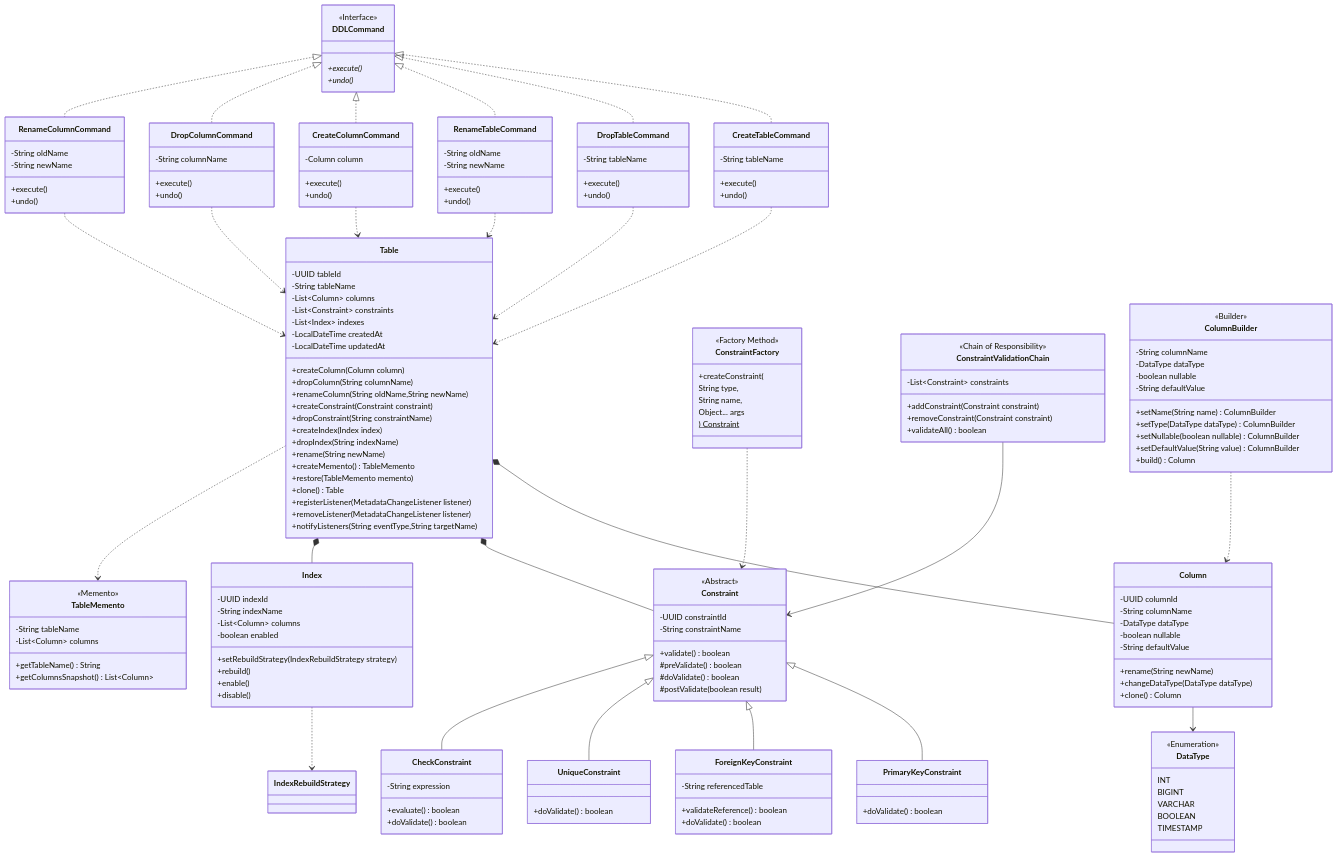
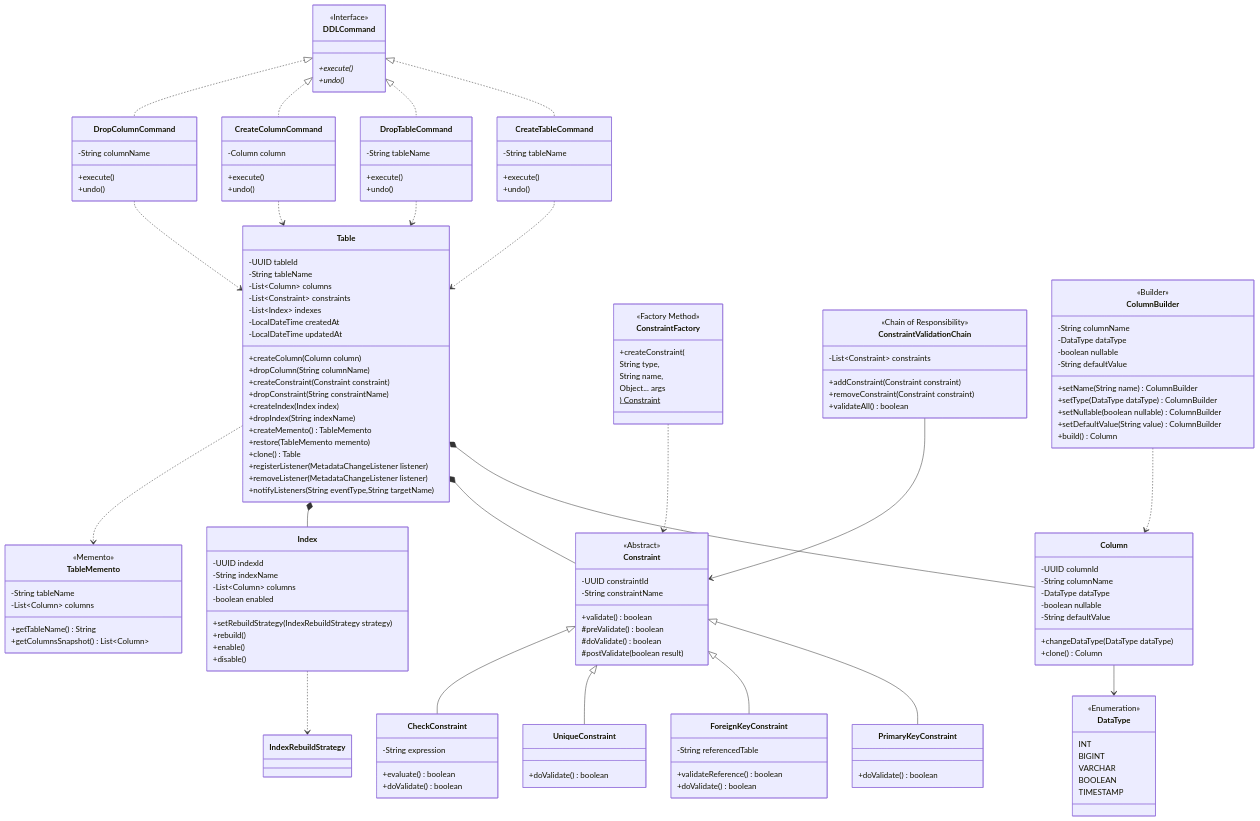
The diagram in docs/class_diagram/metadata/detail/Table.md (Dikhang1112/Database_Management_BBV), drawn with Mermaid before and after one commit. The commit also changed 14 other files, not shown here.

```diff
--- a/docs/class_diagram/metadata/detail/Table.md
+++ b/docs/class_diagram/metadata/detail/Table.md
@@ -22,31 +22,22 @@
 
         +createColumn(Column column)
         +dropColumn(String columnName)
-        +renameColumn(String oldName,String newName)
-
 
         +createConstraint(Constraint constraint)
         +dropConstraint(String constraintName)
 
-
         +createIndex(Index index)
         +dropIndex(String indexName)
-
-
-        +rename(String newName)
 
         +createMemento() TableMemento
         +restore(TableMemento memento)
 
         +clone() Table
 
-
         +registerListener(MetadataChangeListener listener)
         +removeListener(MetadataChangeListener listener)
         +notifyListeners(String eventType,String targetName)
     }
-
-
 
 %% =====================================================
 %% COLUMN
@@ -60,9 +51,6 @@
 
         -boolean nullable
         -String defaultValue
-
-
-        +rename(String newName)
 
         +changeDataType(DataType dataType)
 
@@ -295,20 +283,6 @@
 
 
 
-class RenameTableCommand{
-
--String oldName
-
--String newName
-
-
-+execute()
-
-+undo()
-}
-
-
-
 class CreateColumnCommand{
 
 -Column column
@@ -324,20 +298,6 @@
 class DropColumnCommand{
 
 -String columnName
-
-
-+execute()
-
-+undo()
-}
-
-
-
-class RenameColumnCommand{
-
--String oldName
-
--String newName
 
 
 +execute()
@@ -390,13 +350,9 @@
 
 DDLCommand <|.. DropTableCommand
 
-DDLCommand <|.. RenameTableCommand
-
 DDLCommand <|.. CreateColumnCommand
 
 DDLCommand <|.. DropColumnCommand
-
-DDLCommand <|.. RenameColumnCommand
 
 
 
@@ -404,13 +360,9 @@
 
 DropTableCommand ..> Table
 
-RenameTableCommand ..> Table
-
 CreateColumnCommand ..> Table
 
 DropColumnCommand ..> Table
-
-RenameColumnCommand ..> Table
 
 
 
```
